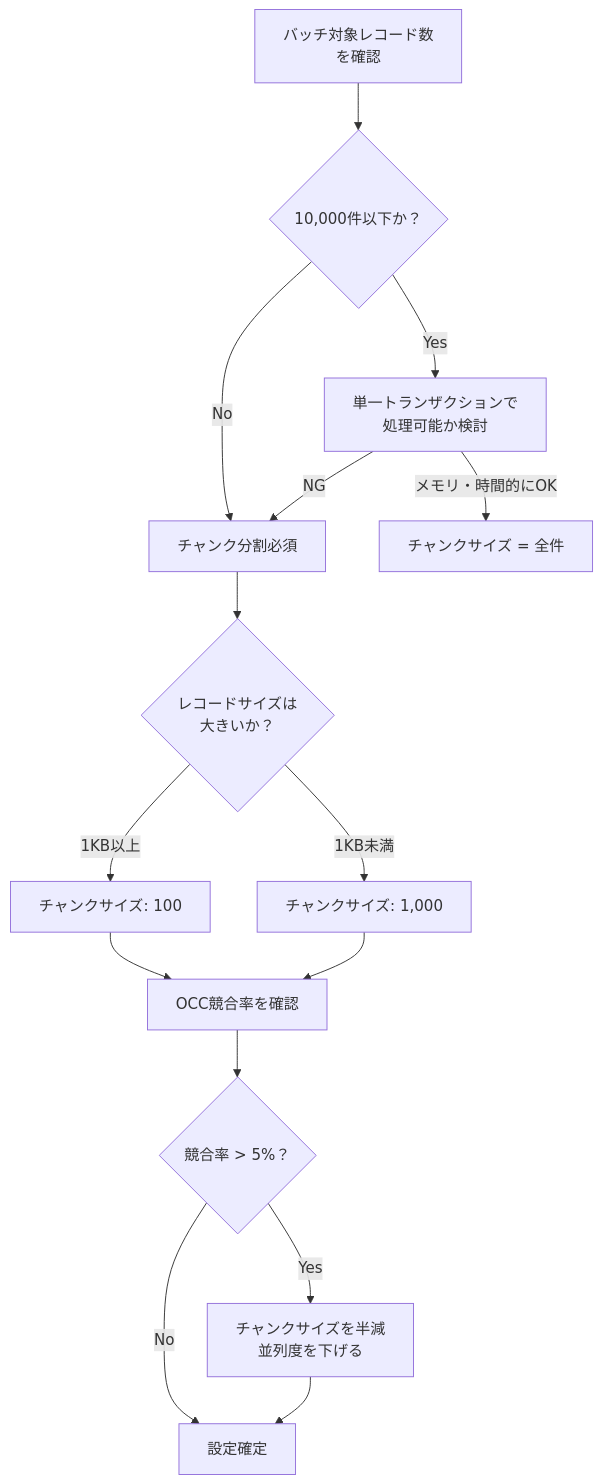
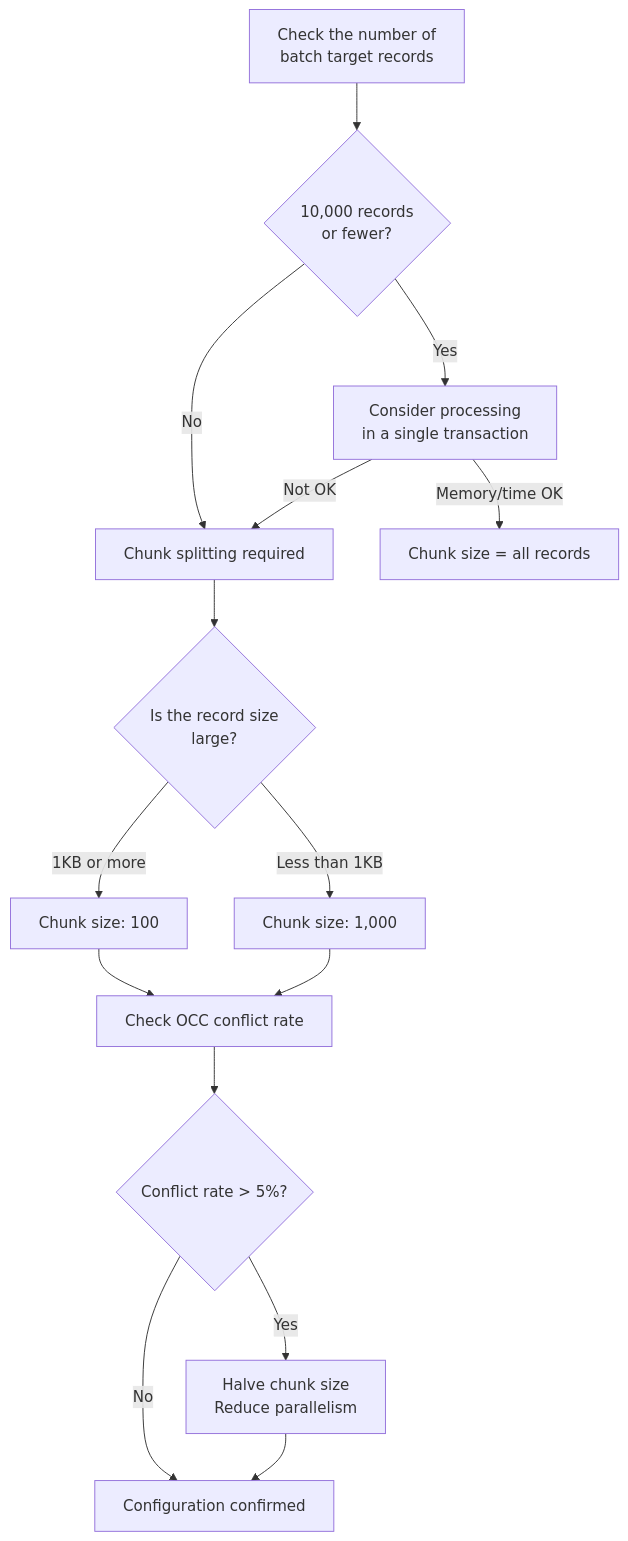
One commit to wfukatsu/nexus-architect changed the fourth of 5 diagrams in workflow/greenfield/05_transaction_design.md. Above: the diagram before and after it, drawn with Mermaid. The commit also changed other lines of this file, not shown here.

Commit message:
docs: Translate step 05 (transaction design) to English

````diff
--- a/workflow/greenfield/05_transaction_design.md
+++ b/workflow/greenfield/05_transaction_design.md
@@ -284,17 +284,17 @@
 ```mermaid
 flowchart TD
-    A["バッチ対象レコード数\nを確認"] --> B{"10,000件以下か？"}
-    B -->|"Yes"| C["単一トランザクションで\n処理可能か検討"]
-    B -->|"No"| D["チャンク分割必須"]
-    C -->|"メモリ・時間的にOK"| E["チャンクサイズ = 全件"]
-    C -->|"NG"| D
-    D --> F{"レコードサイズは\n大きいか？"}
-    F -->|"1KB以上"| G["チャンクサイズ: 100"]
-    F -->|"1KB未満"| H["チャンクサイズ: 1,000"]
-    G --> I["OCC競合率を確認"]
+    A["Check the number of\nbatch target records"] --> B{"10,000 records\nor fewer?"}
+    B -->|"Yes"| C["Consider processing\nin a single transaction"]
+    B -->|"No"| D["Chunk splitting required"]
+    C -->|"Memory/time OK"| E["Chunk size = all records"]
+    C -->|"Not OK"| D
+    D --> F{"Is the record size\nlarge?"}
+    F -->|"1KB or more"| G["Chunk size: 100"]
+    F -->|"Less than 1KB"| H["Chunk size: 1,000"]
+    G --> I["Check OCC conflict rate"]
     H --> I
-    I --> J{"競合率 > 5%？"}
-    J -->|"Yes"| K["チャンクサイズを半減\n並列度を下げる"]
-    J -->|"No"| L["設定確定"]
+    I --> J{"Conflict rate > 5%?"}
+    J -->|"Yes"| K["Halve chunk size\nReduce parallelism"]
+    J -->|"No"| L["Configuration confirmed"]
     K --> L
 ```
````
